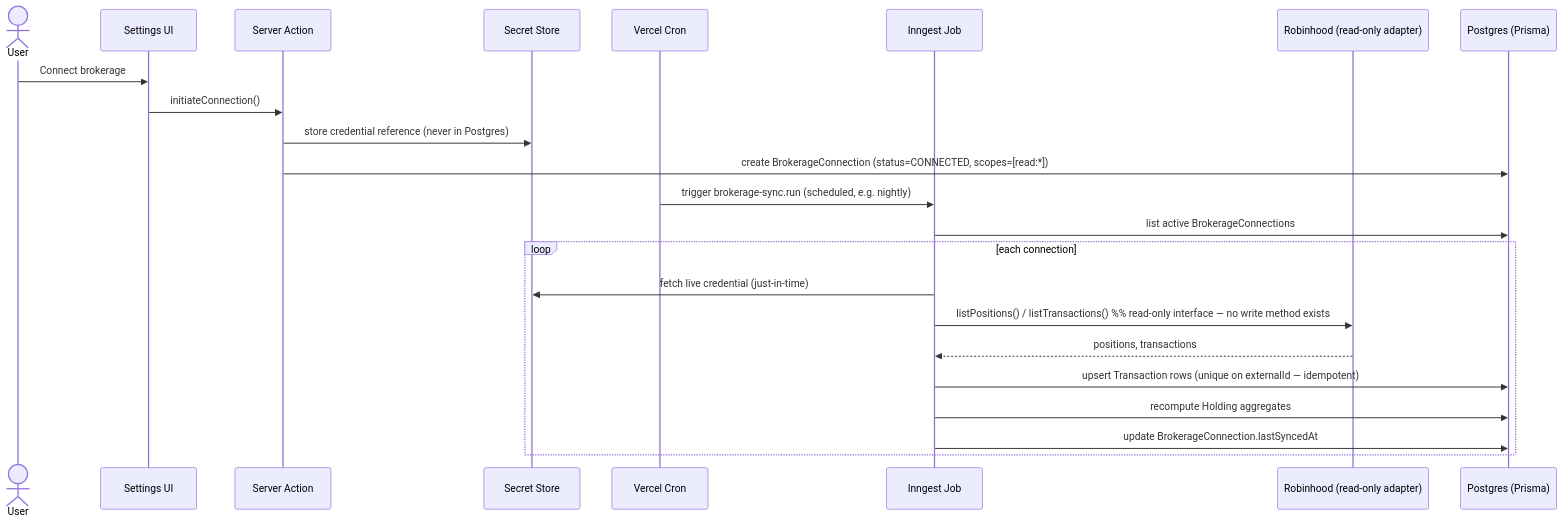
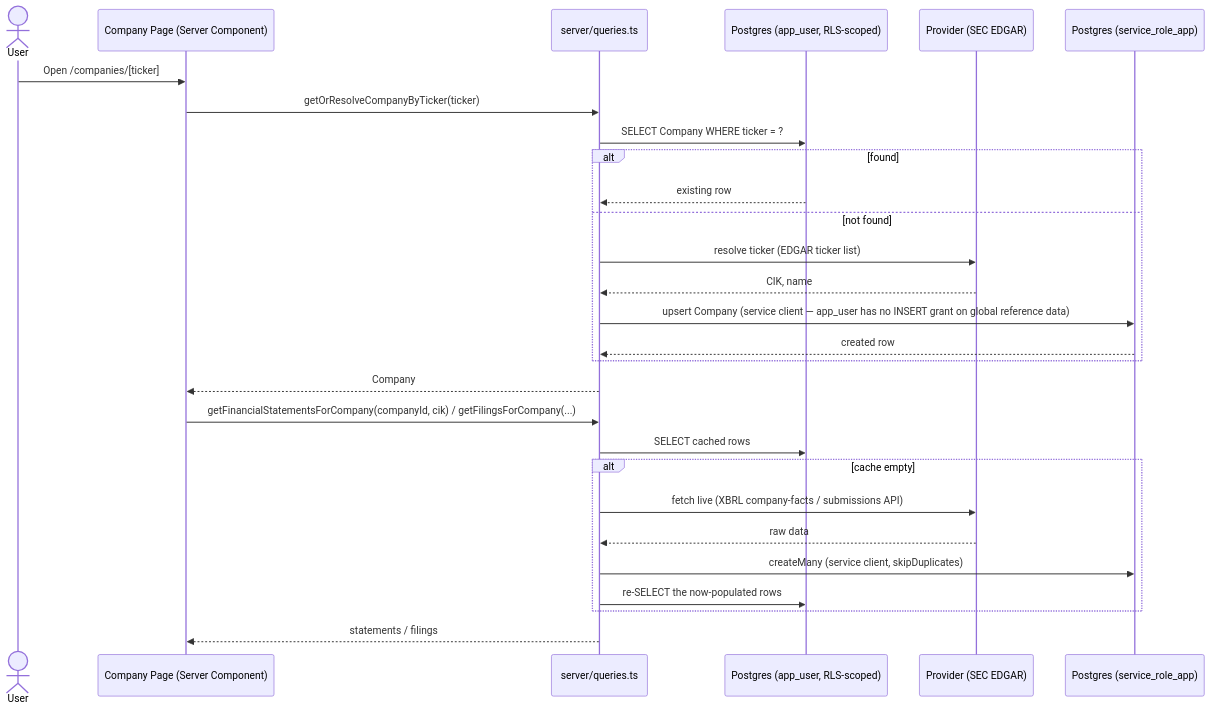
Before and after one commit to ayush51/stocklens: the third of 8 diagrams in docs/phase-0/10-data-flow.md, drawn with Mermaid. The commit also changed other lines of this file and 11 other files, not shown here.

````diff
--- a/docs/phase-0/10-data-flow.md
+++ b/docs/phase-0/10-data-flow.md
@@ -38,27 +85,32 @@
 ```mermaid
 sequenceDiagram
     actor U as User
-    participant UI as Settings UI
-    participant SA as Server Action
-    participant Vault as Secret Store
-    participant Cron as Vercel Cron
-    participant J as Inngest Job
-    participant RH as Robinhood (read-only adapter)
-    participant DB as Postgres (Prisma)
+    participant UI as Company Page (Server Component)
+    participant Q as server/queries.ts
+    participant DB as Postgres (app_user, RLS-scoped)
+    participant P as Provider (SEC EDGAR)
+    participant SVC as Postgres (service_role_app)
 
-    U->>UI: Connect brokerage
-    UI->>SA: initiateConnection()
-    SA->>Vault: store credential reference (never in Postgres)
-    SA->>DB: create BrokerageConnection (status=CONNECTED, scopes=[read:*])
+    U->>UI: Open /companies/[ticker]
+    UI->>Q: getOrResolveCompanyByTicker(ticker)
+    Q->>DB: SELECT Company WHERE ticker = ?
+    alt found
+        DB-->>Q: existing row
+    else not found
+        Q->>P: resolve ticker (EDGAR ticker list)
+        P-->>Q: CIK, name
+        Q->>SVC: upsert Company (service client — app_user has no INSERT grant on global reference data)
+        SVC-->>Q: created row
+    end
+    Q-->>UI: Company
 
-    Cron->>J: trigger brokerage-sync.run (scheduled, e.g. nightly)
-    J->>DB: list active BrokerageConnections
-    loop each connection
-        J->>Vault: fetch live credential (just-in-time)
-        J->>RH: listPositions() / listTransactions()  %% read-only interface — no write method exists
-        RH-->>J: positions, transactions
-        J->>DB: upsert Transaction rows (unique on externalId — idempotent)
-        J->>DB: recompute Holding aggregates
-        J->>DB: update BrokerageConnection.lastSyncedAt
+    UI->>Q: getFinancialStatementsForCompany(companyId, cik) / getFilingsForCompany(...)
+    Q->>DB: SELECT cached rows
+    alt cache empty
+        Q->>P: fetch live (XBRL company-facts / submissions API)
+        P-->>Q: raw data
+        Q->>SVC: createMany (service client, skipDuplicates)
+        Q->>DB: re-SELECT the now-populated rows
     end
+    Q-->>UI: statements / filings
 ```
````
